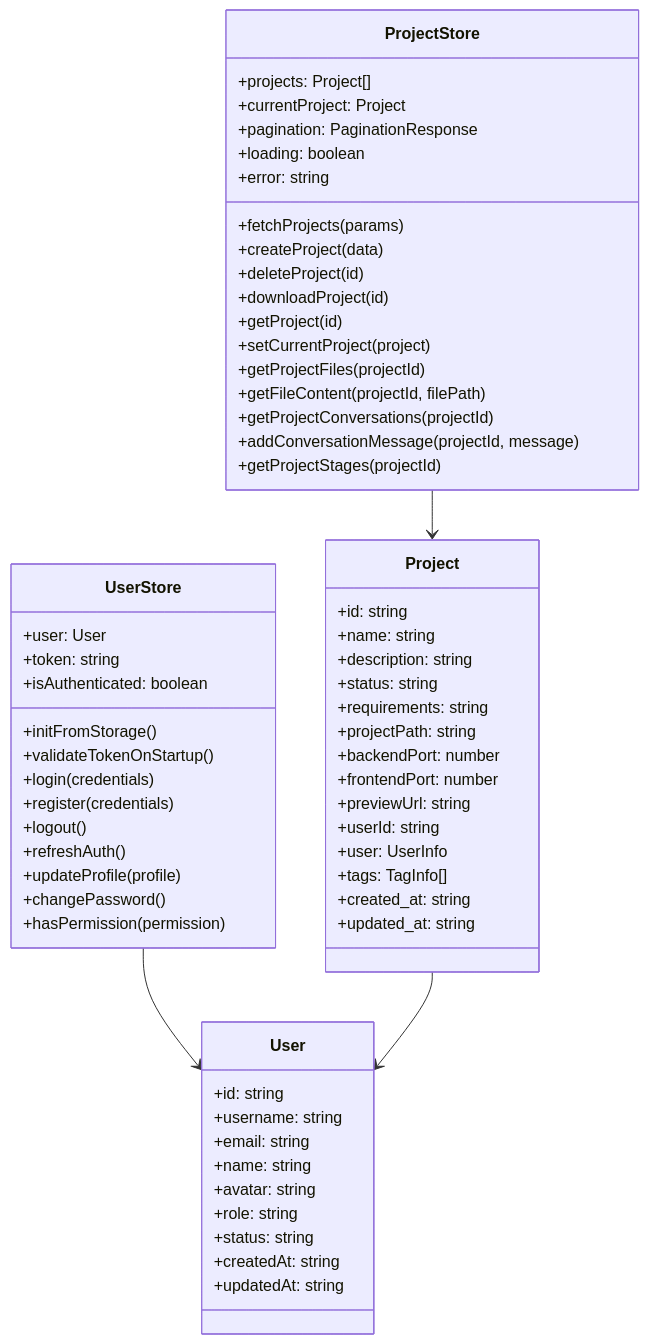
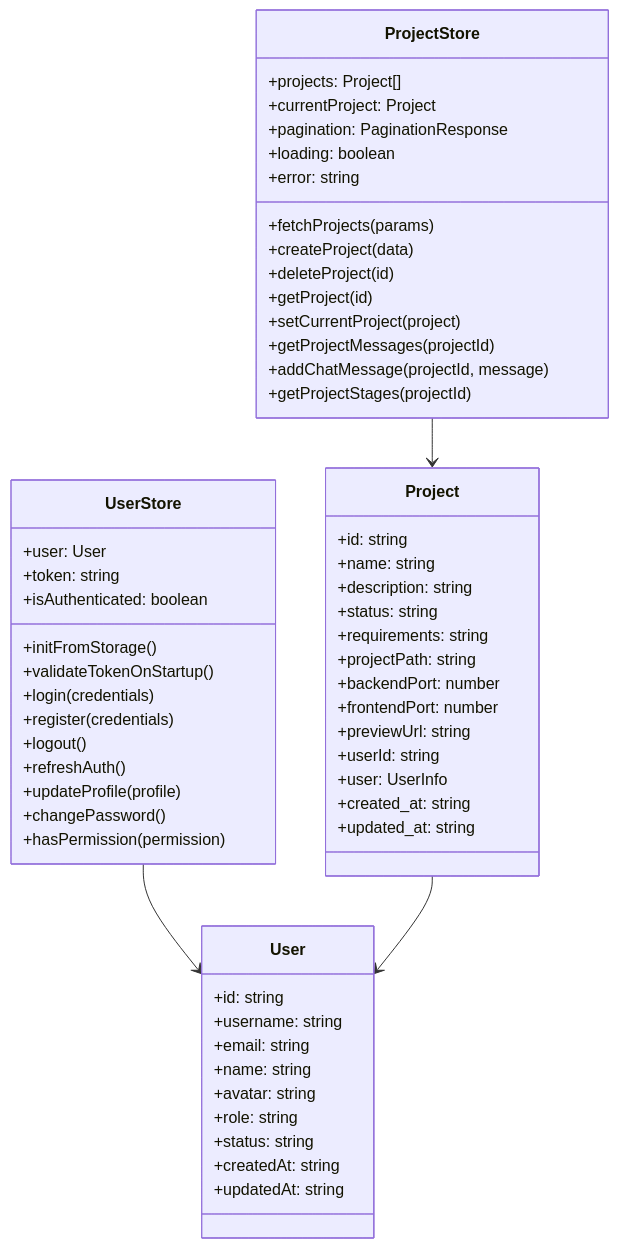
One commit to lighthought/app-maker changed the fourth of 9 diagrams in frontend/architect/ARCHITECTURE.md. Above: the diagram before and after it, drawn with Mermaid. The commit also changed other lines of this file and 7 other files, not shown here.

````diff
--- a/frontend/architect/ARCHITECTURE.md
+++ b/frontend/architect/ARCHITECTURE.md
@@ -195,69 +195,65 @@
 ```mermaid
 classDiagram
     class UserStore {
         +user: User
         +token: string
         +isAuthenticated: boolean
         +initFromStorage()
         +validateTokenOnStartup()
         +login(credentials)
         +register(credentials)
         +logout()
         +refreshAuth()
         +updateProfile(profile)
         +changePassword()
         +hasPermission(permission)
     }
 
     class ProjectStore {
         +projects: Project[]
         +currentProject: Project
         +pagination: PaginationResponse
         +loading: boolean
         +error: string
         +fetchProjects(params)
         +createProject(data)
         +deleteProject(id)
-        +downloadProject(id)
         +getProject(id)
         +setCurrentProject(project)
-        +getProjectFiles(projectId)
-        +getFileContent(projectId, filePath)
-        +getProjectConversations(projectId)
-        +addConversationMessage(projectId, message)
+        +getProjectMessages(projectId)
+        +addChatMessage(projectId, message)
         +getProjectStages(projectId)
     }
 
     class User {
         +id: string
         +username: string
         +email: string
         +name: string
         +avatar: string
         +role: string
         +status: string
         +createdAt: string
         +updatedAt: string
     }
 
     class Project {
         +id: string
         +name: string
         +description: string
         +status: string
         +requirements: string
         +projectPath: string
         +backendPort: number
         +frontendPort: number
         +previewUrl: string
         +userId: string
         +user: UserInfo
-        +tags: TagInfo[]
         +created_at: string
         +updated_at: string
     }
 
     UserStore --> User
     ProjectStore --> Project
     Project --> User
 ```
````
